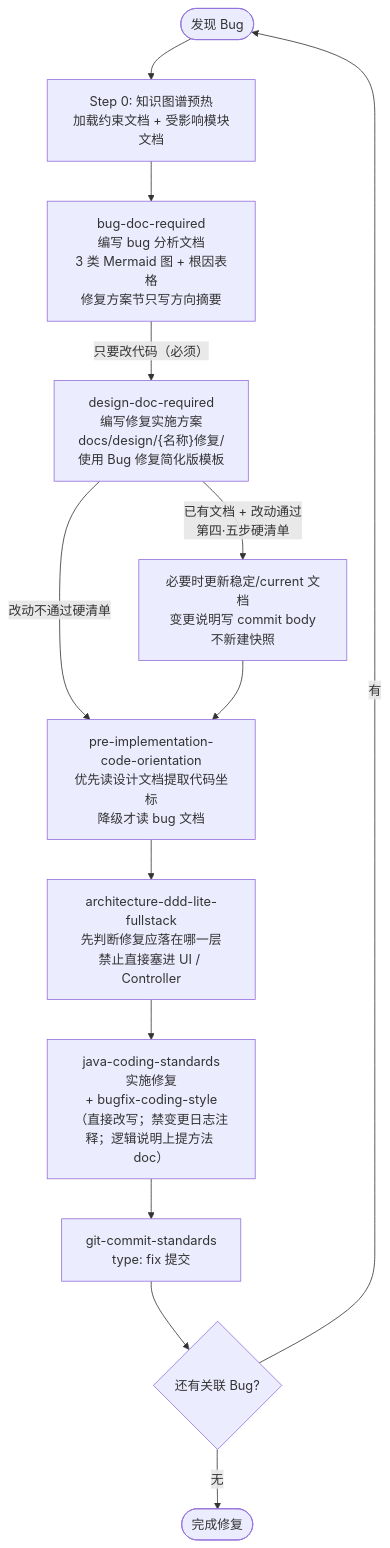
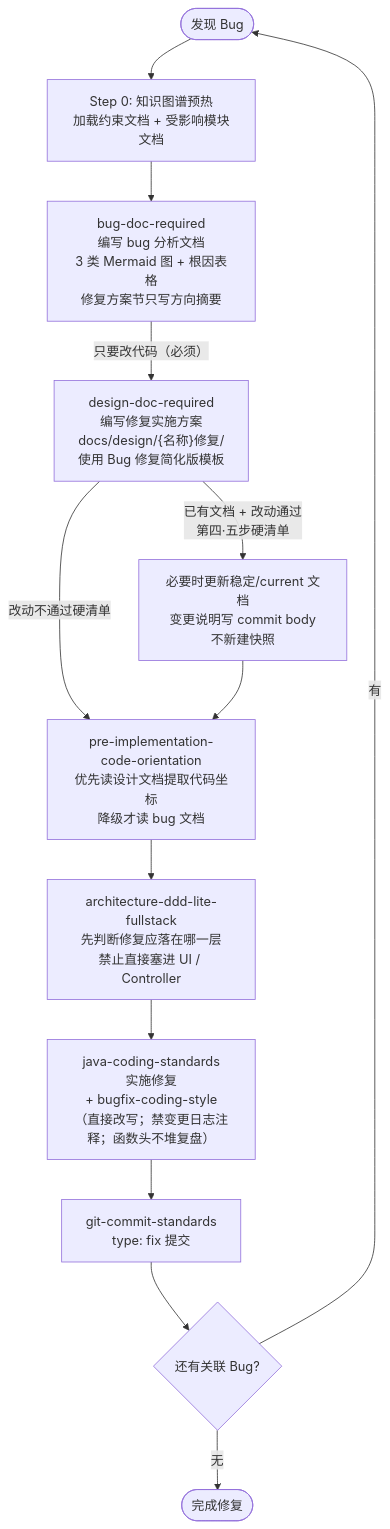
The third of 5 diagrams in docs/skill-flow.md (exception-coder/team-standards), drawn with Mermaid before and after one commit. The commit also changed other lines of this file and 8 other files, not shown here.

````diff
--- a/docs/skill-flow.md
+++ b/docs/skill-flow.md
@@ -159,15 +160,15 @@
 ```mermaid
 flowchart TD
     BUG(["发现 Bug"]) --> CTX["Step 0: 知识图谱预热\n加载约束文档 + 受影响模块文档"]
     CTX --> BUGDOC["bug-doc-required\n编写 bug 分析文档\n3 类 Mermaid 图 + 根因表格\n修复方案节只写方向摘要"]
     BUGDOC -- "只要改代码（必须）" --> DDR["design-doc-required\n编写修复实施方案\ndocs/design/{名称}修复/\n使用 Bug 修复简化版模板"]
     DDR -- "已有文档 + 改动通过\n第四·五步硬清单" --> LIGHT["必要时更新稳定/current 文档\n变更说明写 commit body\n不新建快照"]
     DDR -- "改动不通过硬清单" --> ORIENT["pre-implementation-code-orientation\n优先读设计文档提取代码坐标\n降级才读 bug 文档"]
     LIGHT --> ORIENT
     ORIENT --> ARCH["architecture-ddd-lite-fullstack\n先判断修复应落在哪一层\n禁止直接塞进 UI / Controller"]
-    ARCH --> CODE["java-coding-standards\n实施修复\n+ bugfix-coding-style\n（直接改写；禁变更日志注释；逻辑说明上提方法 doc）"]
+    ARCH --> CODE["java-coding-standards\n实施修复\n+ bugfix-coding-style\n（直接改写；禁变更日志注释；函数头不堆复盘）"]
     CODE --> COMMIT["git-commit-standards\n type: fix  提交"]
     COMMIT --> MORE{"还有关联 Bug?"}
     MORE -- "有" --> BUG
     MORE -- "无" --> DONE(["完成修复"])
 ```
````
